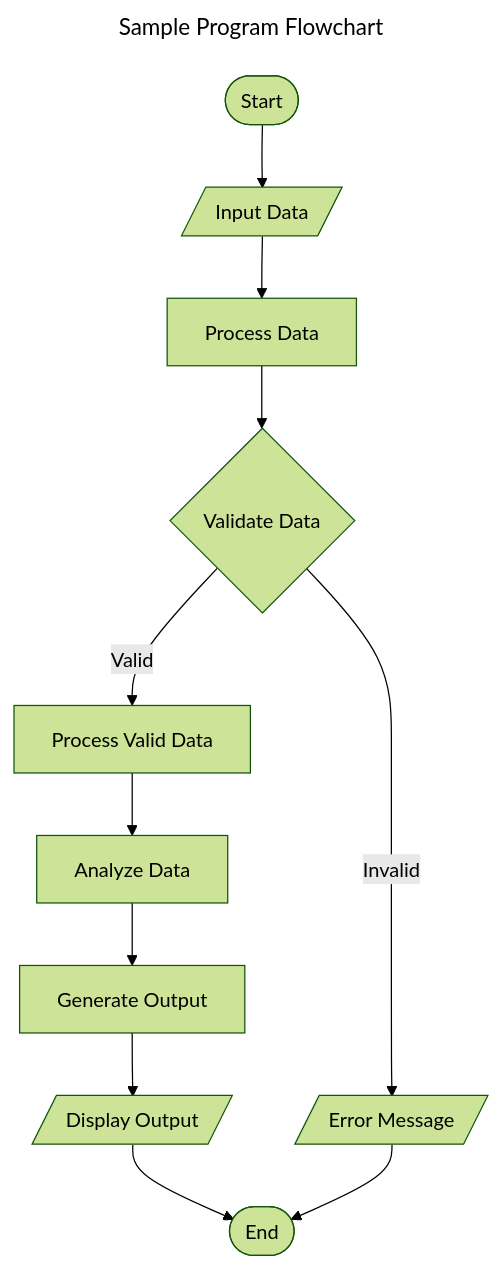
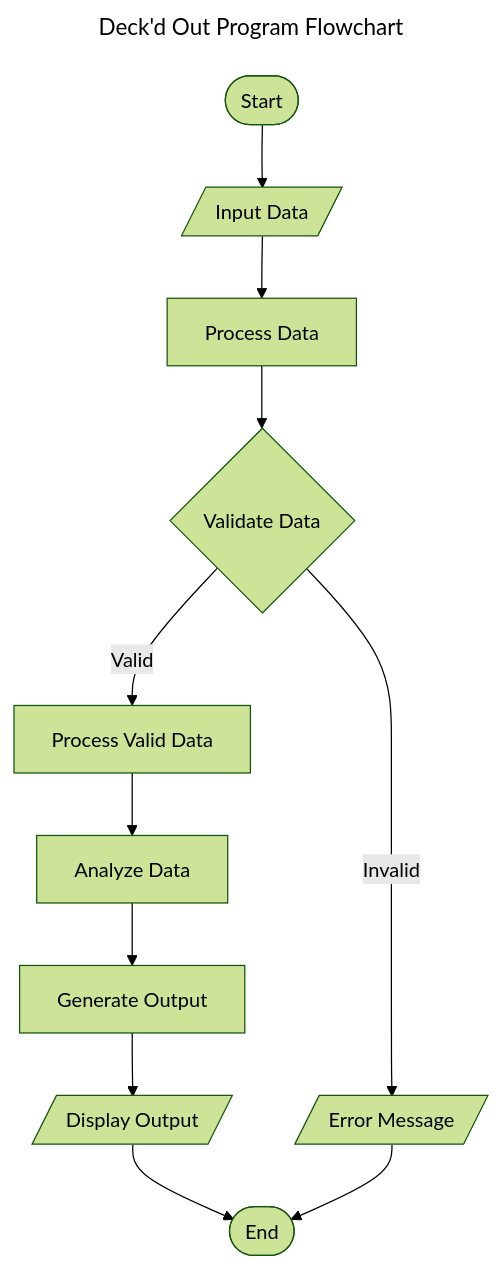
The third of 6 diagrams in README.md (NellyBoi18/Deckd-Out), drawn with Mermaid (forest theme) before and after one commit. The commit also changed other lines of this file, not shown here.

Commit message:
Update flowchart

````diff
--- a/README.md
+++ b/README.md
@@ -433,16 +429,16 @@
 ```mermaid
 ---
-title: Sample Program Flowchart
+title: Deck'd Out Program Flowchart
 ---
 graph TD;
     Start([Start]) --> Input_Data[/Input Data/];
     Input_Data --> Process_Data[Process Data];
     Process_Data --> Validate_Data{Validate Data};
     Validate_Data -->|Valid| Process_Valid_Data[Process Valid Data];
     Validate_Data -->|Invalid| Error_Message[/Error Message/];
     Process_Valid_Data --> Analyze_Data[Analyze Data];
     Analyze_Data --> Generate_Output[Generate Output];
     Generate_Output --> Display_Output[/Display Output/];
     Display_Output --> End([End]);
     Error_Message --> End;
 ```
````
